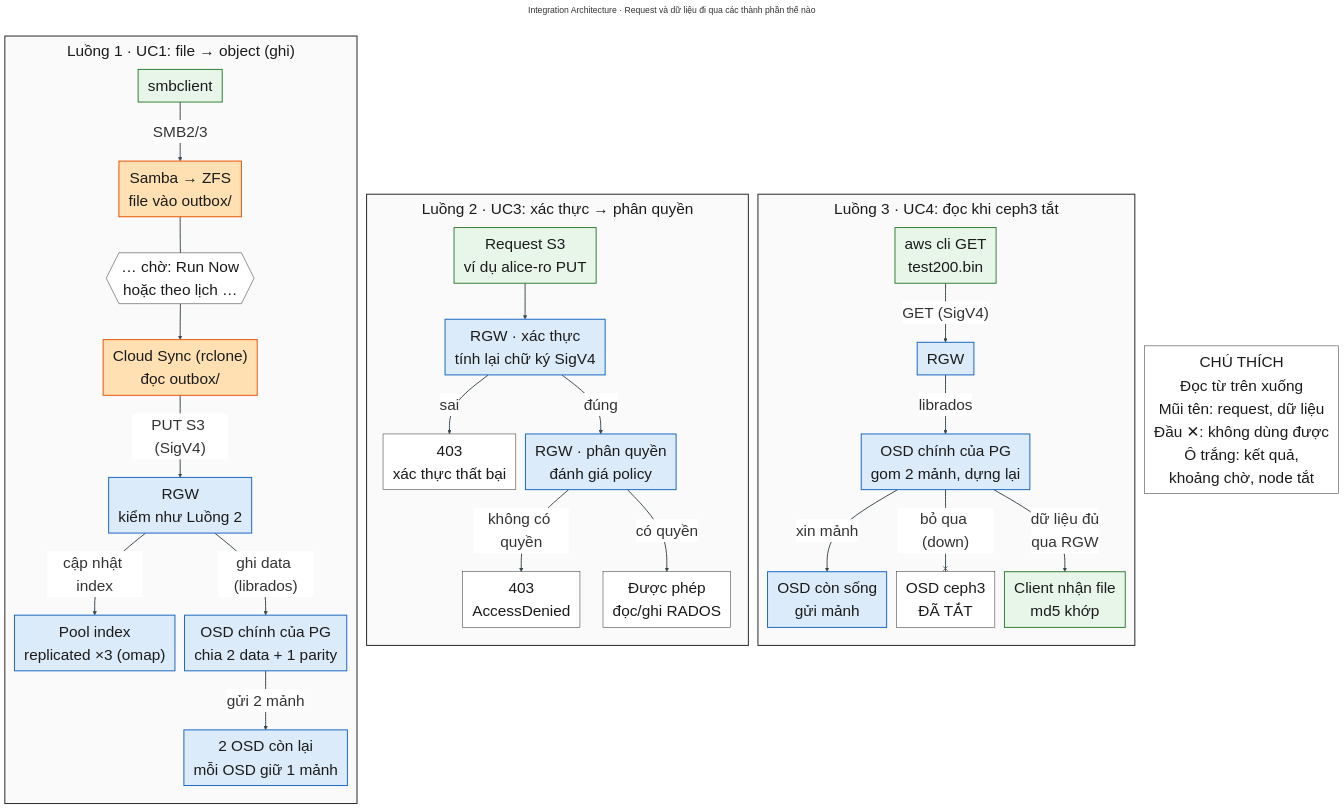
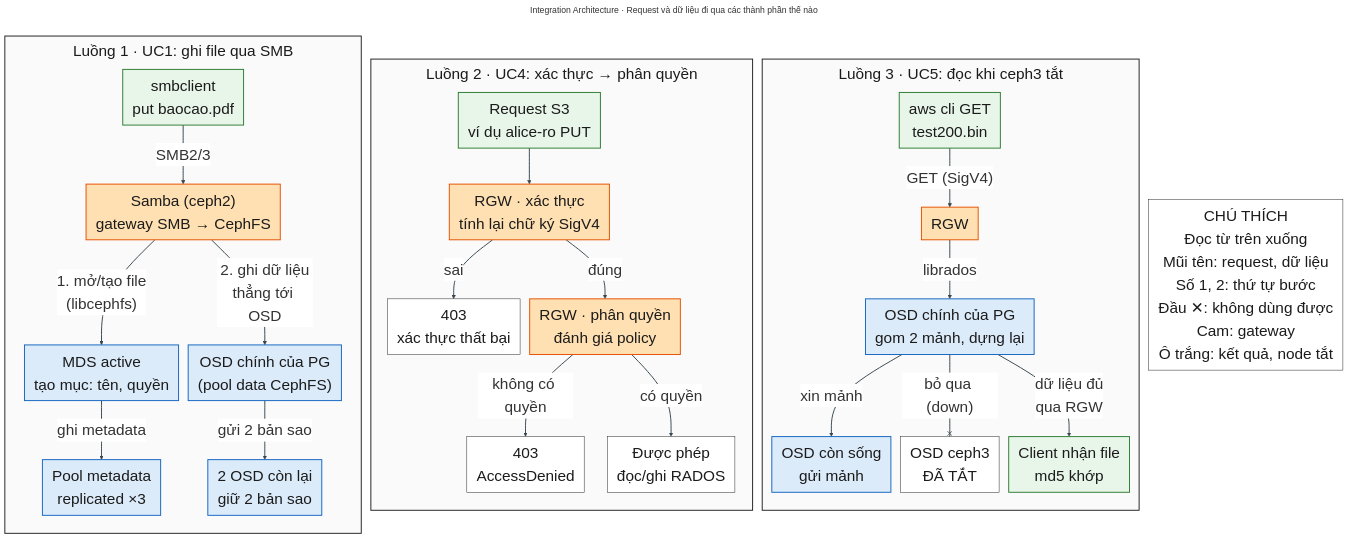
One commit to HDungg925/Project changed the third of 5 diagrams in NT132-P2-TaiLieuNhom.md. Above: the diagram before and after it, drawn with Mermaid. The commit also changed other lines of this file and 11 other files, not shown here.

````diff
--- a/NT132-P2-TaiLieuNhom.md
+++ b/NT132-P2-TaiLieuNhom.md
@@ -422,12 +466,17 @@
 ```mermaid
 ---
 title: "Integration Architecture · Request và dữ liệu đi qua các thành phần thế nào"
+config:
+  layout: dagre
+  theme: base
+  themeVariables: {"fontSize": "32px", "fontFamily": "Arial, Helvetica, sans-serif", "lineColor": "#37474F", "edgeLabelBackground": "#FFFFFF"}
+  themeCSS: ".flowchartTitleText { font-size: 42px; font-weight: bold; } .edgeLabel div { max-width: none !important; white-space: nowrap !important; }"
+  flowchart: {"curve": "basis", "wrappingWidth": 650, "nodeSpacing": 20, "rankSpacing": 50, "padding": 10, "subGraphTitleMargin": {"top": 6, "bottom": 26}}
 ---
-%%{init: {"theme": "base", "themeVariables": {"fontSize": "32px", "fontFamily": "Arial, Helvetica, sans-serif", "lineColor": "#37474F", "edgeLabelBackground": "#FFFFFF"}, "themeCSS": ".flowchartTitleText { font-size: 42px; font-weight: bold; } .edgeLabel div { max-width: none !important; white-space: nowrap !important; }", "flowchart": {"curve": "basis", "wrappingWidth": 650, "nodeSpacing": 20, "rankSpacing": 50, "padding": 10, "subGraphTitleMargin": {"top": 6, "bottom": 26}}}}%%
 flowchart TB
-    %% ===== BẢNG MÀU CHUNG (giữ nguyên như slide 6-7) =====
+    %% ===== BẢNG MÀU CHUNG v3 (giữ nguyên như slide 6-7) =====
     classDef client  fill:#E8F5E9,stroke:#2E7D32,stroke-width:2px,color:#1B1B1B
-    classDef truenas fill:#FFE0B2,stroke:#E65100,stroke-width:2px,color:#1B1B1B
+    classDef gateway fill:#FFE0B2,stroke:#E65100,stroke-width:2px,color:#1B1B1B
     classDef ceph    fill:#DCEBFA,stroke:#1565C0,stroke-width:2px,color:#1B1B1B
     classDef infra   fill:#EDE7F6,stroke:#4527A0,stroke-width:2px,color:#1B1B1B
     classDef should  fill:#F5F5F5,stroke:#616161,stroke-width:2px,stroke-dasharray:6 4,color:#424242
@@ -435,8 +484,8 @@
 
     %% Khai báo Luồng 3 → 2 → 1 là CỐ Ý: Mermaid xếp các khung rời nhau theo thứ tự ngược,
     %% nên trên hình sẽ hiện Luồng 1 → 2 → 3 từ trái sang phải.
-    %% ===== LUỒNG 3: UC4 đọc khi thiếu 1 node =====
-    subgraph L3["Luồng 3 · UC4: đọc khi ceph3 tắt"]
+    %% ===== LUỒNG 3: UC5 đọc khi thiếu 1 node =====
+    subgraph L3["Luồng 3 · UC5: đọc khi ceph3 tắt"]
         direction TB
         C1["aws cli GET<br/>test200.bin"]
         C2["RGW"]
@@ -446,8 +495,8 @@
         C6["Client nhận file<br/>md5 khớp"]
     end
 
-    %% ===== LUỒNG 2: UC3 xác thực rồi phân quyền =====
-    subgraph L2["Luồng 2 · UC3: xác thực → phân quyền"]
+    %% ===== LUỒNG 2: UC4 xác thực rồi phân quyền =====
+    subgraph L2["Luồng 2 · UC4: xác thực → phân quyền"]
         direction TB
         B1["Request S3<br/>ví dụ alice-ro PUT"]
         B2["RGW · xác thực<br/>tính lại chữ ký SigV4"]
@@ -457,51 +506,47 @@
         B6["Được phép<br/>đọc/ghi RADOS"]
     end
 
-    %% ===== LUỒNG 1: UC1 PUSH, file thành object =====
-    subgraph L1["Luồng 1 · UC1: file → object (ghi)"]
+    %% ===== LUỒNG 1: UC1 ghi file qua SMB =====
+    subgraph L1["Luồng 1 · UC1: ghi file qua SMB"]
         direction TB
-        A1["smbclient"]
-        A2["Samba → ZFS<br/>file vào outbox/"]
-        A3{{"… chờ: Run Now<br/>hoặc theo lịch …"}}
-        A4["Cloud Sync (rclone)<br/>đọc outbox/"]
-        A5["RGW<br/>kiểm như Luồng 2"]
-        A6["Pool index<br/>replicated ×3 (omap)"]
-        A7["OSD chính của PG<br/>chia 2 data + 1 parity"]
-        A8["2 OSD còn lại<br/>mỗi OSD giữ 1 mảnh"]
+        A1["smbclient<br/>put baocao.pdf"]
+        A2["Samba (ceph2)<br/>gateway SMB → CephFS"]
+        A3["MDS active<br/>tạo mục: tên, quyền"]
+        A4["Pool metadata<br/>replicated ×3"]
+        A5["OSD chính của PG<br/>(pool data CephFS)"]
+        A6["2 OSD còn lại<br/>giữ 2 bản sao"]
     end
 
     %% Chú thích để rời, không nối: nối vào một luồng làm v11 kéo giãn luồng đó
-    LEG["CHÚ THÍCH<br/>Đọc từ trên xuống<br/>Mũi tên: request, dữ liệu<br/>Đầu ✕: không dùng được<br/>Ô trắng: kết quả,<br/>khoảng chờ, node tắt"]
+    LEG["CHÚ THÍCH<br/>Đọc từ trên xuống<br/>Mũi tên: request, dữ liệu<br/>Số 1, 2: thứ tự bước<br/>Đầu ✕: không dùng được<br/>Cam: gateway<br/>Ô trắng: kết quả, node tắt"]
 
-    %% ===== Luồng 1 (link 0-6) =====
+    %% ===== Luồng 1 (link 0-4) =====
     A1 -->|"SMB2/3"| A2
-    A2 --- A3
-    A3 --> A4
-    A4 -->|"PUT S3 (SigV4)"| A5
-    A5 -->|"cập nhật index"| A6
-    A5 -->|"ghi data (librados)"| A7
-    A7 -->|"gửi 2 mảnh"| A8
+    A2 -->|"1. mở/tạo file<br/>(libcephfs)"| A3
+    A3 -->|"ghi metadata"| A4
+    A2 -->|"2. ghi dữ liệu<br/>thẳng tới OSD"| A5
+    A5 -->|"gửi 2 bản sao"| A6
 
-    %% ===== Luồng 2 (link 7-11) =====
+    %% ===== Luồng 2 (link 5-9) =====
     B1 --> B2
     B2 -->|"sai"| B3
     B2 -->|"đúng"| B4
     B4 -->|"không có quyền"| B5
     B4 -->|"có quyền"| B6
 
-    %% ===== Luồng 3 (link 12-16) =====
+    %% ===== Luồng 3 (link 10-14) =====
     C1 -->|"GET (SigV4)"| C2
     C2 -->|"librados"| C3
     C3 -->|"xin mảnh"| C4
     C3 --x|"bỏ qua (down)"| C5
     C3 -->|"dữ liệu đủ<br/>qua RGW"| C6
 
-    linkStyle 0,1,2,3,4,5,6,7,8,9,10,11,12,13,14,15,16 stroke:#37474F,stroke-width:2px
+    linkStyle 0,1,2,3,4,5,6,7,8,9,10,11,12,13,14 stroke:#37474F,stroke-width:2px
 
     class A1,B1,C1,C6 client
-    class A2,A4 truenas
-    class A5,A6,A7,A8,B2,B4,C2,C3,C4 ceph
-    class A3,B3,B5,B6,C5,LEG note
+    class A2,B2,B4,C2 gateway
+    class A3,A4,A5,A6,C3,C4 ceph
+    class B3,B5,B6,C5,LEG note
     style L1 fill:#FAFAFA,stroke:#212121,stroke-width:2px,color:#1B1B1B
     style L2 fill:#FAFAFA,stroke:#212121,stroke-width:2px,color:#1B1B1B
     style L3 fill:#FAFAFA,stroke:#212121,stroke-width:2px,color:#1B1B1B
````
